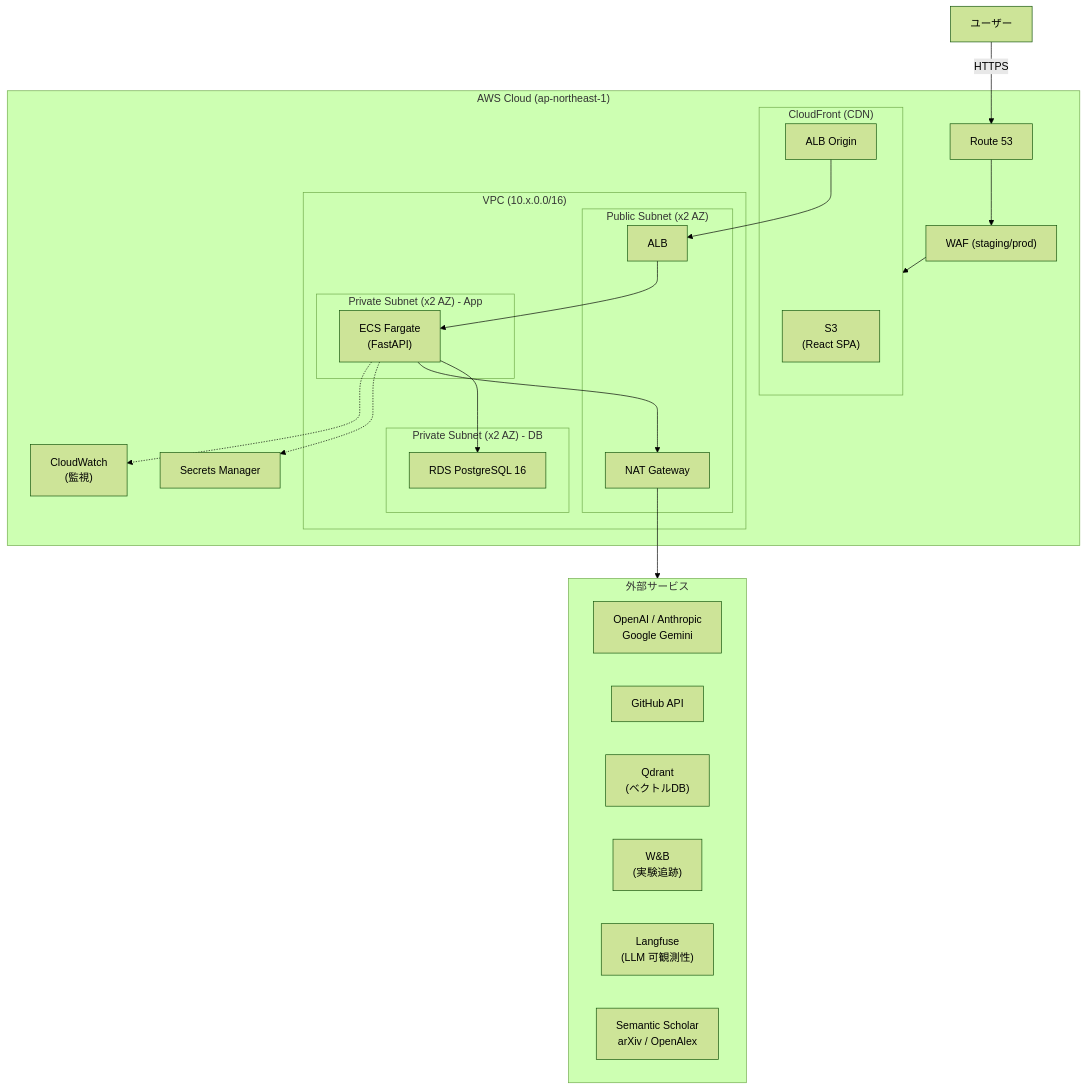
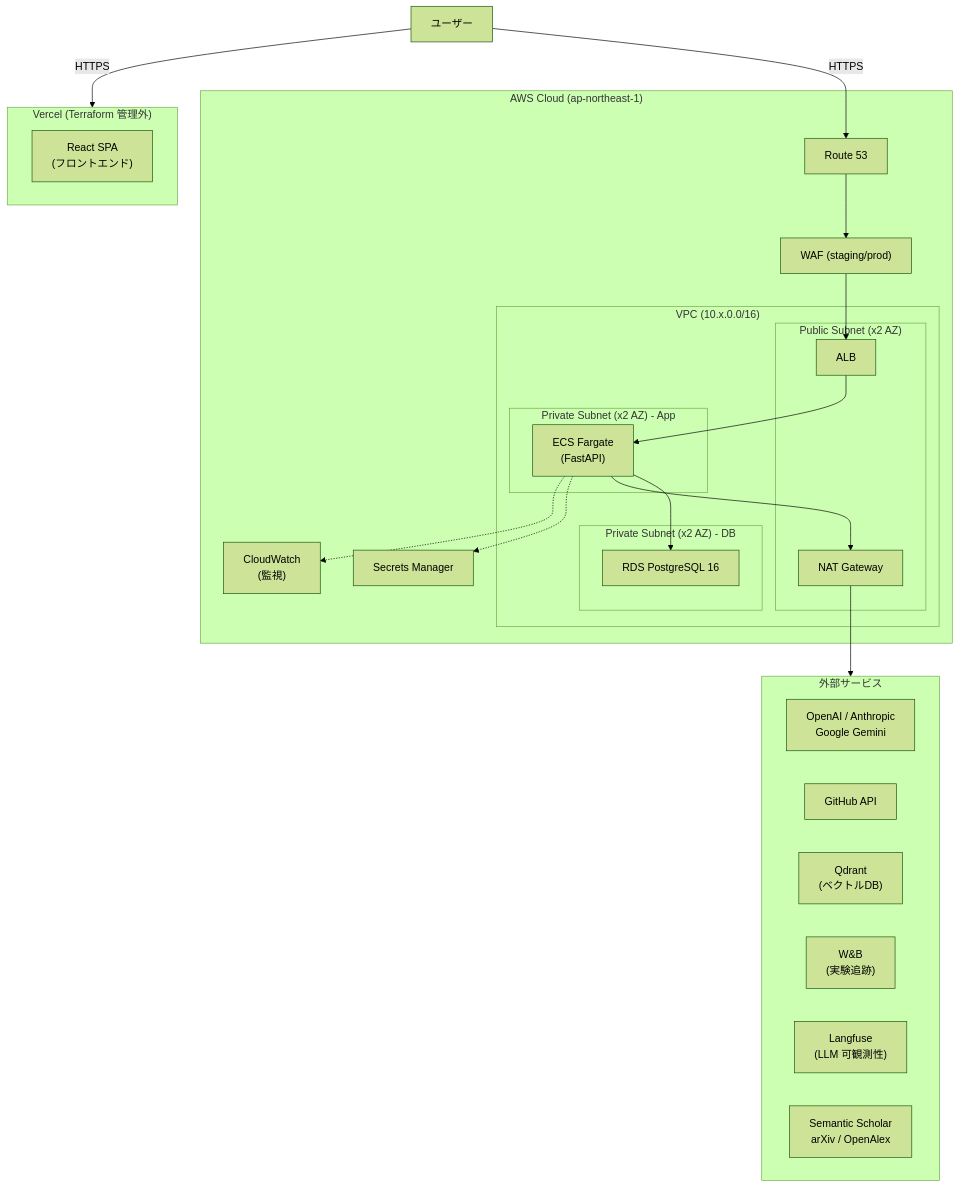
Before and after one commit to NexaScience/airas-infra: the first of 2 diagrams in docs/architecture.md, drawn with Mermaid (forest theme). The commit also changed other lines of this file and 16 other files, not shown here.

````diff
--- a/docs/architecture.md
+++ b/docs/architecture.md
@@ -5,50 +5,49 @@
 ```mermaid
 graph TB
     User["ユーザー"]
 
+    subgraph Vercel["Vercel (Terraform 管理外)"]
+        Frontend["React SPA\n(フロントエンド)"]
+    end
+
     subgraph AWS["AWS Cloud (ap-northeast-1)"]
         Route53["Route 53"]
         WAF["WAF (staging/prod)"]
-
-        subgraph CF["CloudFront (CDN)"]
-            S3["S3\n(React SPA)"]
-            ALBOrigin["ALB Origin"]
-        end
 
         subgraph VPC["VPC (10.x.0.0/16)"]
             subgraph Public["Public Subnet (x2 AZ)"]
                 ALB["ALB"]
                 NAT["NAT Gateway"]
             end
             subgraph PrivateApp["Private Subnet (x2 AZ) - App"]
                 ECS["ECS Fargate\n(FastAPI)"]
             end
             subgraph PrivateDB["Private Subnet (x2 AZ) - DB"]
                 RDS["RDS PostgreSQL 16"]
             end
         end
 
         SecretsManager["Secrets Manager"]
         CloudWatch["CloudWatch\n(監視)"]
     end
 
     subgraph External["外部サービス"]
         LLM["OpenAI / Anthropic\nGoogle Gemini"]
         GitHub["GitHub API"]
         Qdrant["Qdrant\n(ベクトルDB)"]
         WandB["W&B\n(実験追跡)"]
         Langfuse["Langfuse\n(LLM 可観測性)"]
         Academic["Semantic Scholar\narXiv / OpenAlex"]
     end
 
+    User -->|HTTPS| Vercel
     User -->|HTTPS| Route53
     Route53 --> WAF
-    WAF --> CF
-    ALBOrigin --> ALB
+    WAF --> ALB
     ALB --> ECS
     ECS --> RDS
     ECS --> NAT
     NAT --> External
     ECS -.-> SecretsManager
     ECS -.-> CloudWatch
 ```
````
